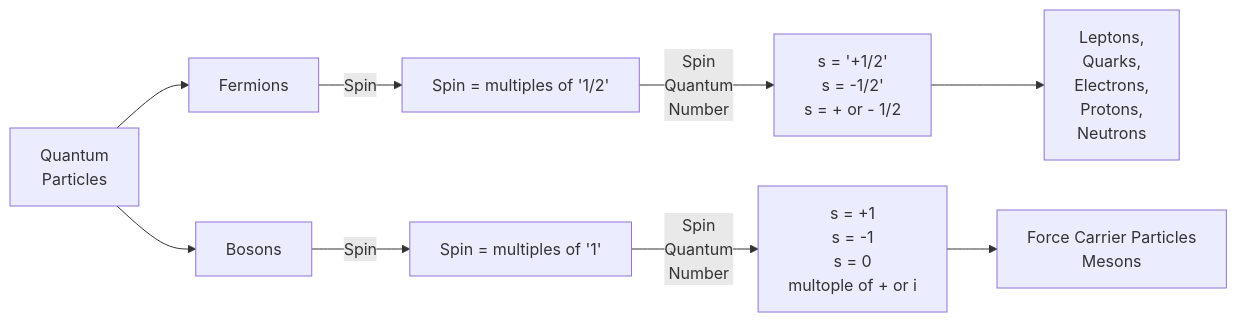
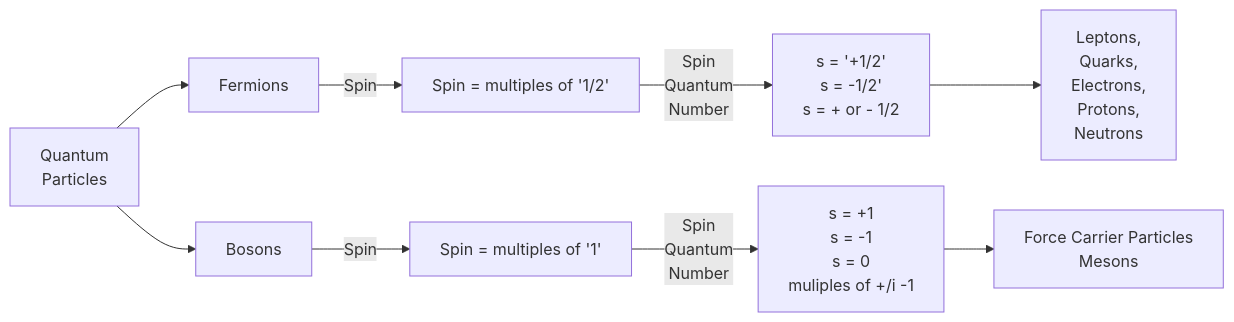
Before and after one commit to m0ham3dx/mx-Quantum-Computing-Primer: the third of 4 diagrams in README.md, drawn with Mermaid.

````diff
--- a/README.md
+++ b/README.md
@@ -335,17 +335,17 @@
 ```mermaid
 flowchart LR
     A[Quantum<br>Particles] --> A1[Fermions]
     A --> A2[Bosons]
 
     %% Spin
     A1 --> |Spin|A11[Spin = multiples of '1/2']
     A2 --> |Spin|A21[Spin = multiples of '1']
 
     %% Spin Number
     A11 --> |Spin<br>Quantum<br>Number| A111[s = '+1/2' <br> s = -1/2'<br> s = + or - 1/2]
-    A21 --> |Spin<br>Quantum<br>Number| A211[s = +1 <br> s = -1 <br> s = 0 <br> multople of + or i]
+    A21 --> |Spin<br>Quantum<br>Number| A211[s = +1 <br> s = -1 <br> s = 0 <br> muliples of +/i -1]
 
     %% Box Examples
     A111 --> a1x[Leptons, <br> Quarks, <br> Electrons, <br> Protons, <br> Neutrons]
     A211 --> a2x[Force Carrier Particles <br> Mesons]
 ```
````
